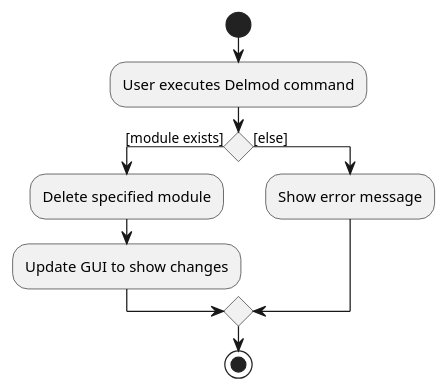
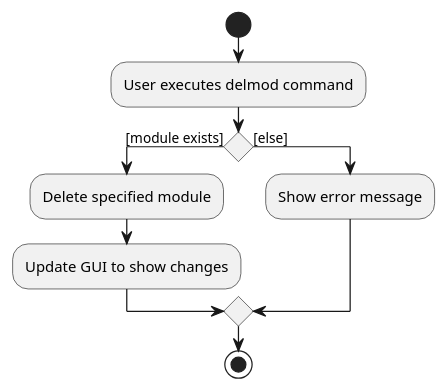
One commit to nus-cs2103-AY2021S1/tp changed the diagram in docs/diagrams/DelmodActivityDiagram.puml. Above: the diagram before and after it, drawn with PlantUML. The commit also changed 14 other files, not shown here.

Commit message:
Update activity diagrams

```diff
--- a/docs/diagrams/DelmodActivityDiagram.puml
+++ b/docs/diagrams/DelmodActivityDiagram.puml
@@ -1,15 +1,15 @@
 @startuml
 start
-:User executes Delmod command;
+:User executes delmod command;
 
 'Since the beta syntax does not support placing the condition outside the
 'diamond we place it as the true branch instead.
 
 if () then ([module exists])
     :Delete specified module;
     :Update GUI to show changes;
 else ([else])
     :Show error message;
 endif
 stop
 @enduml
```
